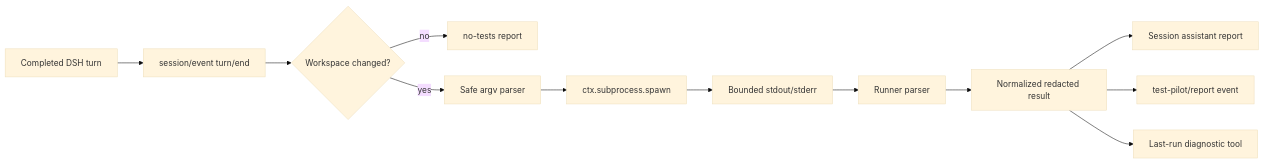
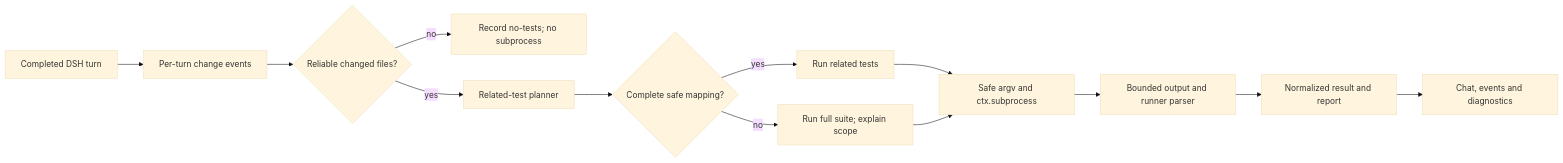
The diagram in README.md (GooDAnDReaDY/dsh-test-pilot), drawn with Mermaid (base theme) before and after one commit. The commit also changed other lines of this file and 22 other files, not shown here.

First line of the commit message:
feat(test-pilot): target tests for changed files

```diff
--- a/README.md
+++ b/README.md
@@ -52,14 +53,15 @@
 ~~~mermaid
 graph LR
-  A[Completed DSH turn] --> B[session/event turn/end]
-  B --> C{Workspace changed?}
-  C -- no --> D[no-tests report]
-  C -- yes --> E[Safe argv parser]
-  E --> F[ctx.subprocess.spawn]
-  F --> G[Bounded stdout/stderr]
-  G --> H[Runner parser]
-  H --> I[Normalized redacted result]
-  I --> J[Session assistant report]
-  I --> K[test-pilot/report event]
-  I --> L[Last-run diagnostic tool]
+  A[Completed DSH turn] --> B[Per-turn change events]
+  B --> C{Reliable changed files?}
+  C -- no --> D[Record no-tests; no subprocess]
+  C -- yes --> E[Related-test planner]
+  E --> F{Complete safe mapping?}
+  F -- yes --> G[Run related tests]
+  F -- no --> H[Run full suite; explain scope]
+  G --> I[Safe argv and ctx.subprocess]
+  H --> I
+  I --> J[Bounded output and runner parser]
+  J --> K[Normalized result and report]
+  K --> L[Chat, events and diagnostics]
 ~~~
```
